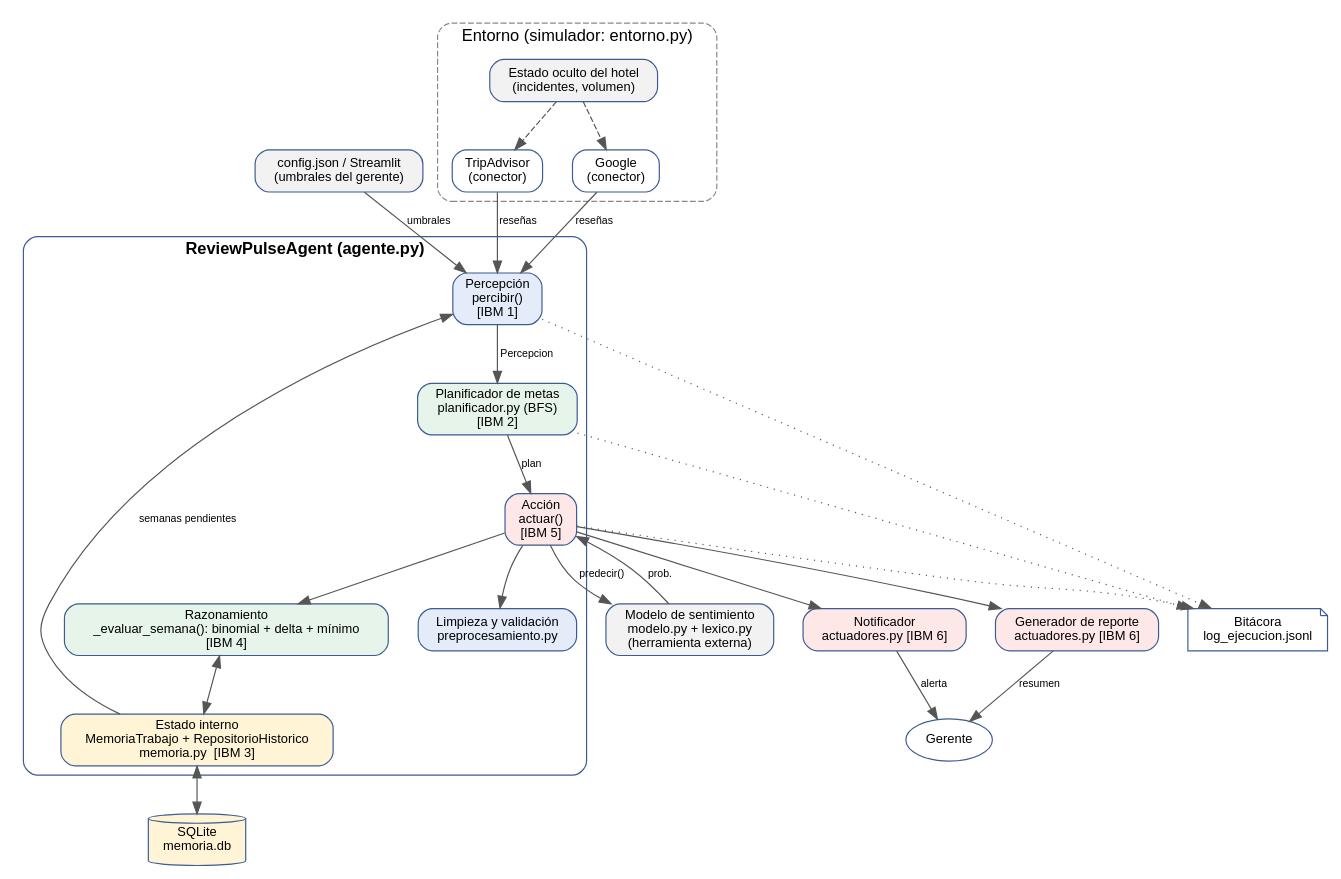
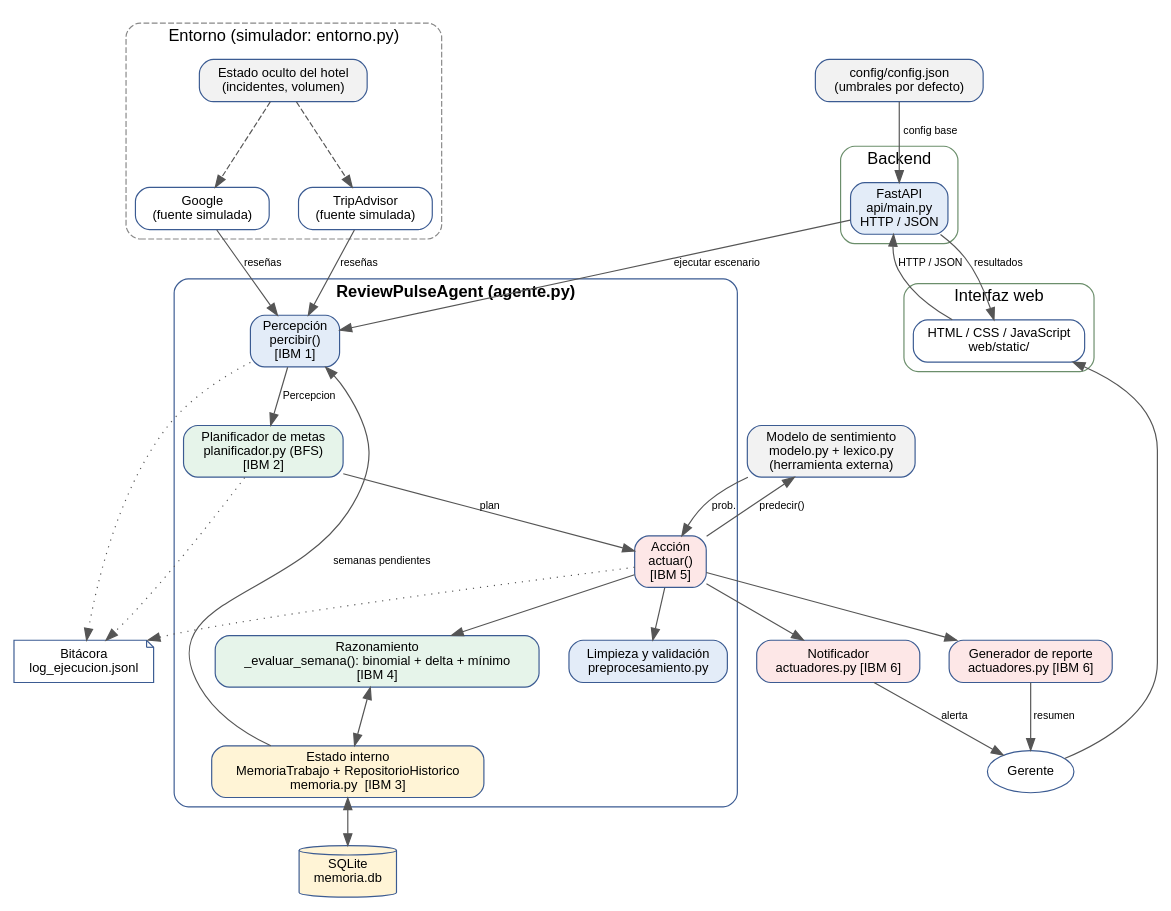
The diagram in docs/arquitectura.dot (Ellen-01/reviewpulse-agent), drawn with Graphviz before and after one commit. The commit also changed 12 other files, not shown here.

```diff
--- a/docs/arquitectura.dot
+++ b/docs/arquitectura.dot
@@ -1,32 +1,40 @@
 digraph G {
   rankdir=TB; nodesep=0.35; ranksep=0.55;
   node [shape=box, style="rounded,filled", fontname="Helvetica", fontsize=11, fillcolor="#FFFFFF", color="#3B5B92"];
   edge [fontname="Helvetica", fontsize=9, color="#555555"];
 
+  subgraph cluster_frontend { label="Interfaz web"; style="rounded"; color="#6B8E6B"; fontname="Helvetica";
+    UI [label="HTML / CSS / JavaScript\nweb/static/"];
+  }
+  subgraph cluster_api { label="Backend"; style="rounded"; color="#6B8E6B"; fontname="Helvetica";
+    API [label="FastAPI\napi/main.py\nHTTP / JSON", fillcolor="#E3ECF8"];
+  }
   subgraph cluster_env { label="Entorno (simulador: entorno.py)"; style="rounded,dashed"; color="#888888"; fontname="Helvetica";
-    TA [label="TripAdvisor\n(conector)"]; GO [label="Google\n(conector)"]; HOTEL [label="Estado oculto del hotel\n(incidentes, volumen)", fillcolor="#F2F2F2"]; }
+    TA [label="TripAdvisor\n(fuente simulada)"]; GO [label="Google\n(fuente simulada)"]; HOTEL [label="Estado oculto del hotel\n(incidentes, volumen)", fillcolor="#F2F2F2"]; }
   HOTEL -> TA [style=dashed]; HOTEL -> GO [style=dashed];
 
   subgraph cluster_agent { label="ReviewPulseAgent (agente.py)"; style="rounded"; color="#3B5B92"; fontname="Helvetica-Bold";
     PER [label="Percepción\npercibir()\n[IBM 1]", fillcolor="#E3ECF8"];
     PRE [label="Limpieza y validación\npreprocesamiento.py", fillcolor="#E3ECF8"];
     EST [label="Estado interno\nMemoriaTrabajo + RepositorioHistorico\nmemoria.py  [IBM 3]", fillcolor="#FFF4D6"];
     PLA [label="Planificador de metas\nplanificador.py (BFS)\n[IBM 2]", fillcolor="#E6F4EA"];
     DEC [label="Razonamiento\n_evaluar_semana(): binomial + delta + mínimo\n[IBM 4]", fillcolor="#E6F4EA"];
     ACT [label="Acción\nactuar()\n[IBM 5]", fillcolor="#FDE7E7"];
   }
   MOD [label="Modelo de sentimiento\nmodelo.py + lexico.py\n(herramienta externa)", fillcolor="#F2F2F2"];
   DB [label="SQLite\nmemoria.db", shape=cylinder, fillcolor="#FFF4D6"];
   NOT [label="Notificador\nactuadores.py [IBM 6]", fillcolor="#FDE7E7"];
   REP [label="Generador de reporte\nactuadores.py [IBM 6]", fillcolor="#FDE7E7"];
-  CFG [label="config.json / Streamlit\n(umbrales del gerente)", fillcolor="#F2F2F2"];
+  CFG [label="config/config.json\n(umbrales por defecto)", fillcolor="#F2F2F2"];
   GER [label="Gerente", shape=oval, fillcolor="#FFFFFF"];
   LOG [label="Bitácora\nlog_ejecucion.jsonl", shape=note, fillcolor="#FFFFFF"];
 
-  TA -> PER [label="reseñas"]; GO -> PER [label="reseñas"]; CFG -> PER [label="umbrales"];
+  GER -> UI; UI -> API [label="HTTP / JSON"]; API -> UI [label="resultados"];
+  API -> PER [label="ejecutar escenario"]; CFG -> API [label="config base"];
+  TA -> PER [label="reseñas"]; GO -> PER [label="reseñas"];
   EST -> PER [label="semanas pendientes"];
   PER -> PLA [label="Percepcion"]; PLA -> ACT [label="plan"]; ACT -> PRE; ACT -> MOD [label="predecir()"]; MOD -> ACT [label="prob."];
   ACT -> DEC; DEC -> EST [dir=both]; EST -> DB [dir=both];
   ACT -> NOT; ACT -> REP; NOT -> GER [label="alerta"]; REP -> GER [label="resumen"];
   PER -> LOG [style=dotted]; PLA -> LOG [style=dotted]; ACT -> LOG [style=dotted];
 }
```
